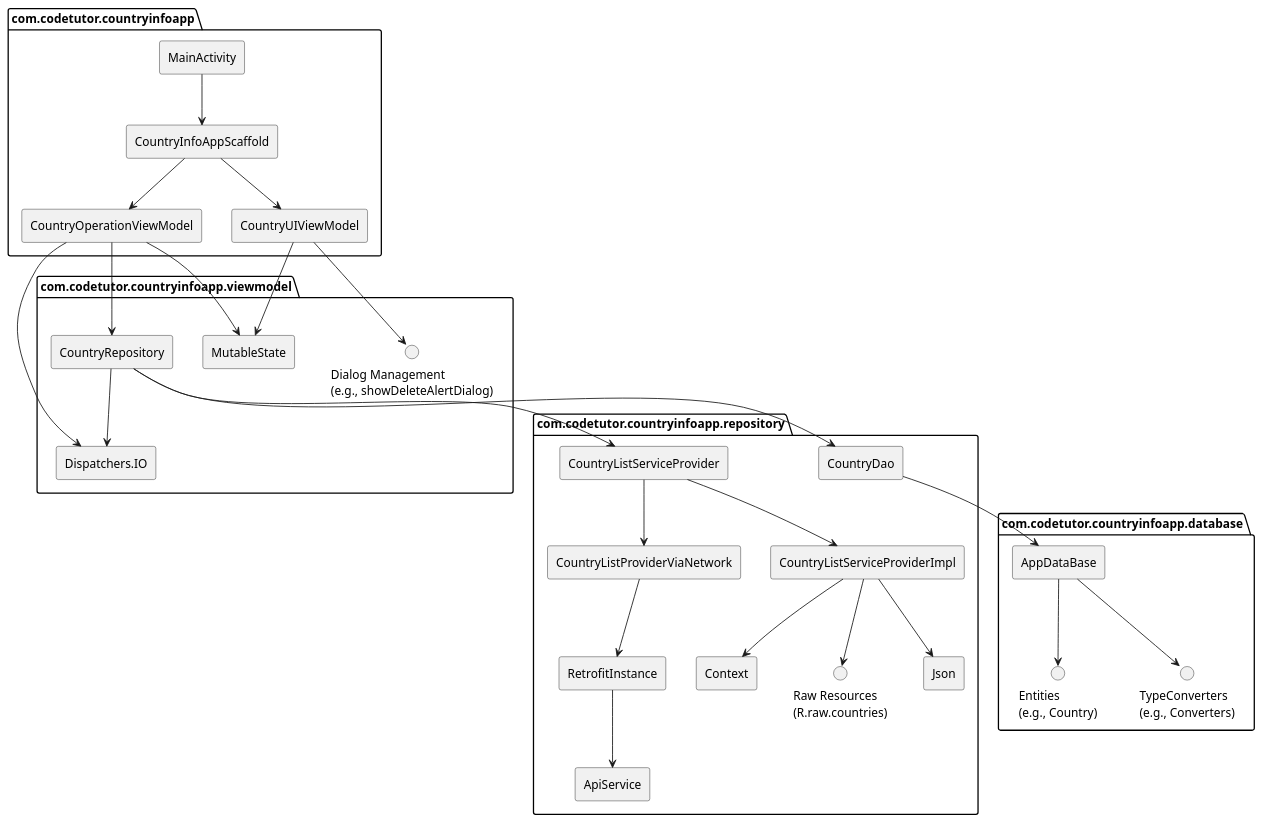
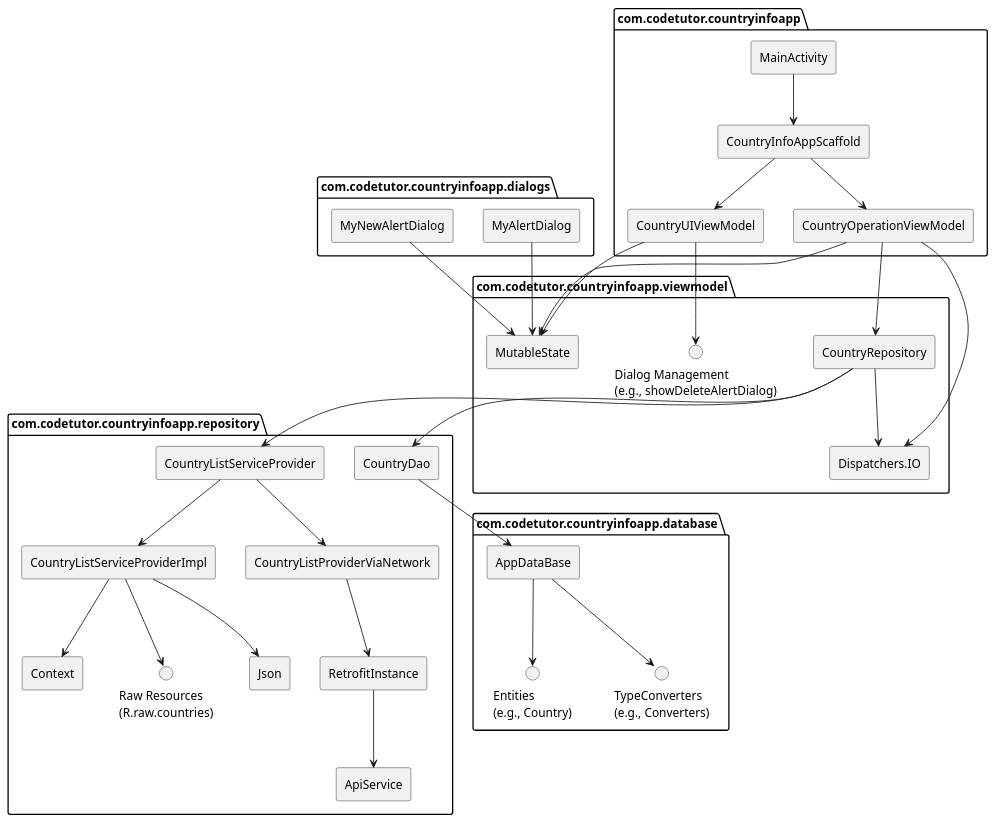
One commit to AnilDeshpande/CountryInfoApp changed the diagram in depenencyTree.puml. Above: the diagram before and after it, drawn with PlantUML.

Commit message:
DI tree updated

```diff
--- a/depenencyTree.puml
+++ b/depenencyTree.puml
@@ -1,37 +1,42 @@
 @startuml
 skinparam componentStyle rectangle
 
 package "com.codetutor.countryinfoapp" {
     [MainActivity] --> [CountryInfoAppScaffold]
     [CountryInfoAppScaffold] --> [CountryOperationViewModel]
     [CountryInfoAppScaffold] --> [CountryUIViewModel]
 }
 
 package "com.codetutor.countryinfoapp.viewmodel" {
     [CountryOperationViewModel] --> [CountryRepository]
     [CountryOperationViewModel] --> [Dispatchers.IO]
     [CountryOperationViewModel] --> [MutableState]
     [CountryUIViewModel] --> [MutableState]
     [CountryUIViewModel] --> "Dialog Management\n(e.g., showDeleteAlertDialog)"
 }
 
 package "com.codetutor.countryinfoapp.repository" {
     [CountryRepository] --> [CountryDao]
     [CountryRepository] --> [CountryListServiceProvider]
     [CountryRepository] --> [Dispatchers.IO]
     [CountryListServiceProvider] --> [CountryListProviderViaNetwork]
     [CountryListServiceProvider] --> [CountryListServiceProviderImpl]
     [CountryListProviderViaNetwork] --> [RetrofitInstance]
     [RetrofitInstance] --> [ApiService]
     [CountryListServiceProviderImpl] --> [Context]
     [CountryListServiceProviderImpl] --> "Raw Resources\n(R.raw.countries)"
     [CountryListServiceProviderImpl] --> [Json]
 }
 
 package "com.codetutor.countryinfoapp.database" {
     [CountryDao] --> [AppDataBase]
     [AppDataBase] --> "Entities\n(e.g., Country)"
     [AppDataBase] --> "TypeConverters\n(e.g., Converters)"
 }
 
+package "com.codetutor.countryinfoapp.dialogs" {
+    [MyAlertDialog] --> [MutableState]
+    [MyNewAlertDialog] --> [MutableState]
+}
+
 @enduml
```
